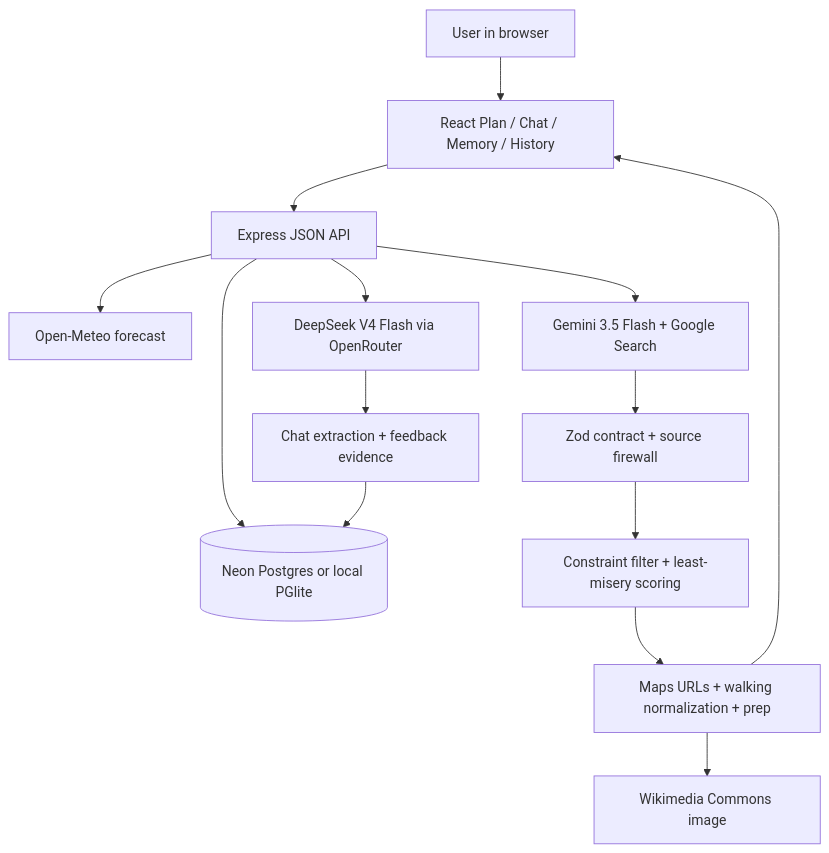
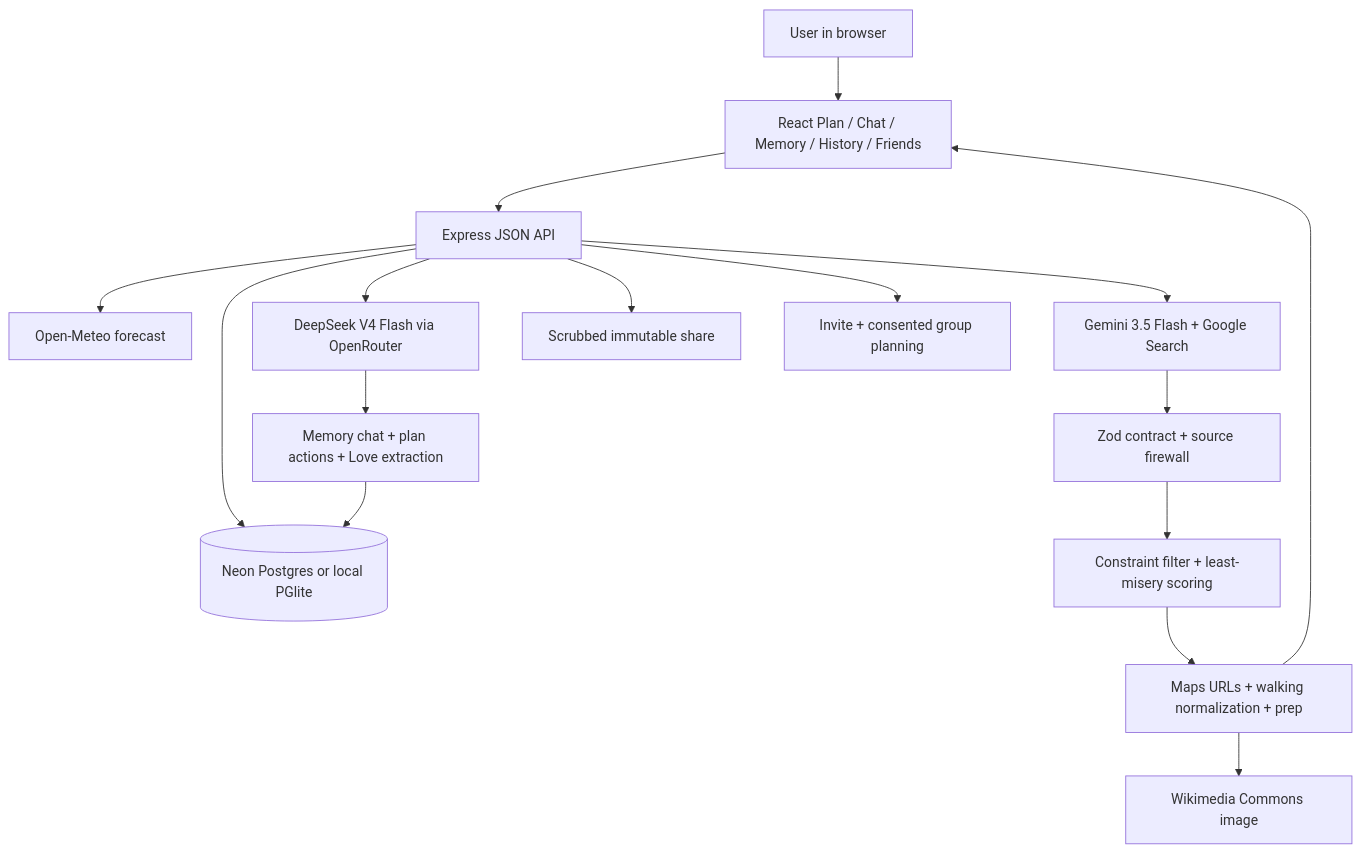
The first of 3 diagrams in DESCRIPTION.md (dmcaetano/planbuddy), drawn with Mermaid before and after one commit. The commit also changed other lines of this file and 8 other files, not shown here.

````diff
--- a/DESCRIPTION.md
+++ b/DESCRIPTION.md
@@ -52,16 +59,18 @@
 ```mermaid
 flowchart TD
-    User["User in browser"] --> UI["React Plan / Chat / Memory / History"]
+    User["User in browser"] --> UI["React Plan / Chat / Memory / History / Friends"]
     UI --> API["Express JSON API"]
     API --> DB[("Neon Postgres or local PGlite")]
     API --> Weather["Open-Meteo forecast"]
     API --> Grounding["Gemini 3.5 Flash + Google Search"]
     Grounding --> Firewall["Zod contract + source firewall"]
     Firewall --> Rank["Constraint filter + least-misery scoring"]
     Rank --> Enrich["Maps URLs + walking normalization + prep"]
     Enrich --> Commons["Wikimedia Commons image"]
     Enrich --> UI
     API --> DeepSeek["DeepSeek V4 Flash via OpenRouter"]
-    DeepSeek --> Chat["Chat extraction + feedback evidence"]
+    DeepSeek --> Chat["Memory chat + plan actions + Love extraction"]
     Chat --> DB
+    API --> Share["Scrubbed immutable share"]
+    API --> Friends["Invite + consented group planning"]
 ```
````
